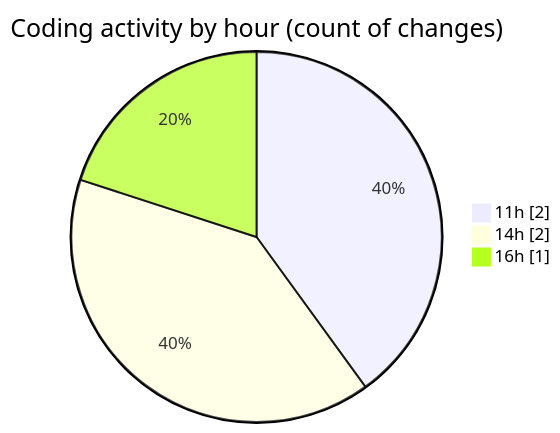
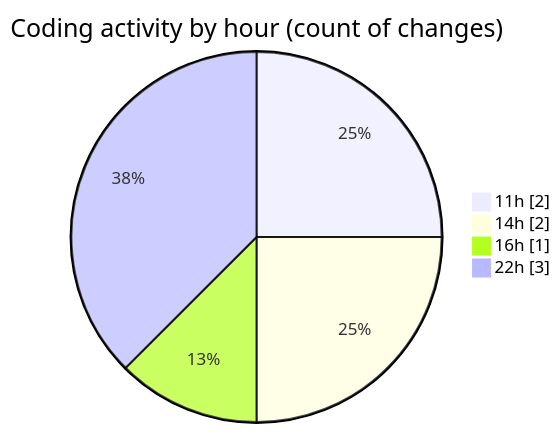
One commit to Ritupan-Deka/code-tracking changed the second of 2 diagrams in 2025-07-17/urlwebwala_intership_work/README.md. Above: the diagram before and after it, drawn with Mermaid. The commit also changed other lines of this file and 1 other file, not shown here.

````diff
--- a/2025-07-17/urlwebwala_intership_work/README.md
+++ b/2025-07-17/urlwebwala_intership_work/README.md
@@ -28,7 +34,8 @@
 ```mermaid
 pie showData
 title Coding activity by hour (count of changes)
 "11h" : 2
 "14h" : 2
 "16h" : 1
+"22h" : 3
 ```
````
